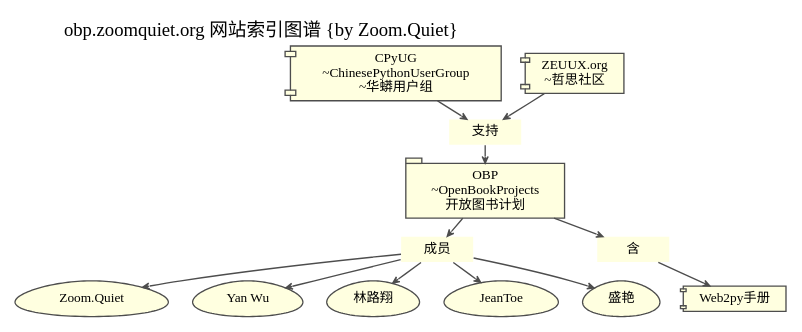
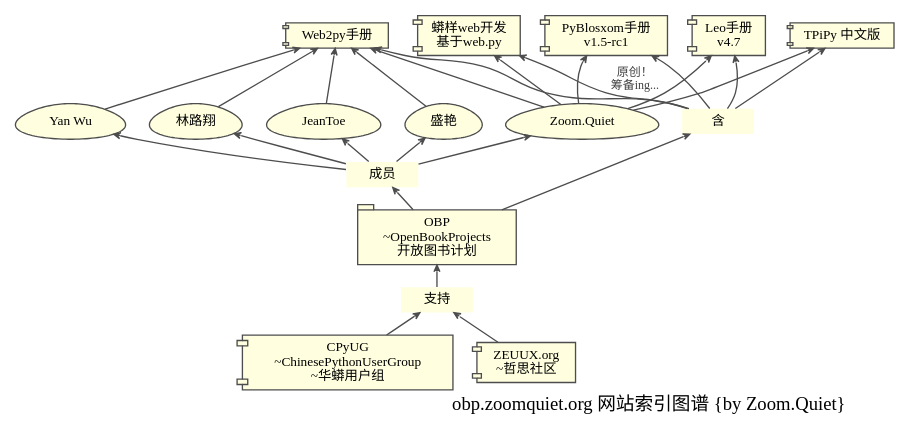
One commit to ZoomQuiet/zqlib.tangle changed the diagram in tasks/obp.zoomquiet.org/map/obp-zq-idx.dot. Above: the diagram before and after it, drawn with Graphviz. The commit also changed 8 other files, not shown here.

```diff
--- a/tasks/obp.zoomquiet.org/map/obp-zq-idx.dot
+++ b/tasks/obp.zoomquiet.org/map/obp-zq-idx.dot
@@ -1,57 +1,75 @@
 digraph mainmap {
 /*图片生成命令:: need:: apt-get install graphviz-cairo
 $ dot test.dot -Tpng -o test.png -Tcmapx -o test.map
         style=filled,
         fillcolor=lightyellow,
         fontname="VeraSansYuanTi-Regular.ttf",        
         WenQuanYi Zen Hei
         fontname="WenQuanYi Zen Hei",
         ratio=compress,fill size="12,9",
 */
     graph [label="obp.zoomquiet.org 网站索引图谱 {by Zoom.Quiet}",
-        labeljust="l",labelloc="t",
+        labeljust="r",labelloc="b",
         fontsize=14.0,
         center=0,
         ratio=compress,ranksep=0.2,
-        rankdir=TB,
+        rankdir=BT,
         ];
     node[fontsize=10,
         height=0.1,
         style=filled,fillcolor=lightyellow,
         color=gray30,
         shape=component,
         ];
     /*dir=both,shape=plaintext shape=folder*/
     edge [fontsize=9.0,
         fontcolor=gray25,
         color=gray30,
 		arrowsize=0.5,arrowhead=vee,arrowtail=none,
         ];
     /*服务元素
     is      [label="是",URL="http://wiki.rdev.kingsoft.net/moin/KUP"];
     */
     CPUG     [label="CPyUG\n~ChinesePythonUserGroup\n~华蟒用户组",URL="http://wiki.woodpecker.org.cn/moin/CPUG"];
     ZEUUX    [label="ZEUUX.org\n~哲思社区",URL="http://www.zeuux.org"];
     support  [label="支持",shape=plaintext];
     OBP      [label="OBP\n~OpenBookProjects\n开放图书计划",shape=tab,URL="http://code.google.com/p/openbookproject/"];
     author   [label="成员",shape=plaintext];
         ZQ       [label="Zoom.Quiet",shape=egg,URL="http://zoomquiet.org"];
         WY       [label="Yan Wu",shape=egg,URL="http://code.google.com/p/openbookproject/wiki/YanWu"];
         LLX      [label="林路翔",shape=egg,URL="http://code.google.com/p/openbookproject/wiki/LinLuxiang"];
         JeanToe      [label="JeanToe",shape=egg,URL="http://code.google.com/p/openbookproject/wiki/JeanToe"];
         Liz      [label="盛艳",shape=egg,URL="http://code.google.com/u/shengyan1985/"];
 
     include  [label="含",shape=plaintext];
-    w2pyzh   [label="Web2py手册",URL="/w2py_manual_zh"];
+        w2pyzh   [label="Web2py手册",URL="/w2py_manual_zh"];
+        leodoc   [label="Leo手册\nv4.7",URL="/leo_doc_zh"];
+        pyblosxom   [label="PyBlosxom手册\nv1.5-rc1",URL="/pyblosxom_zh"];
+        tpipy   [label="TPiPy 中文版",URL="/tpipy_zh"];
+        pywdwpy   [label="蟒样web开发\n基于web.py",URL="/pywdwpy"];
+
     /*服务关系*/
     ZEUUX->support;
         CPUG->support;
-    support->OBP
-    OBP->author->ZQ;
+    support->OBP->author;
+        author->ZQ;
+            ZQ->w2pyzh;
+            ZQ->leodoc;
+            ZQ->pyblosxom;
+            ZQ->tpipy;
+            ZQ->pywdwpy;
         author->WY;
+            WY->w2pyzh;
         author->LLX;
+            LLX->w2pyzh;
         author->Liz;
+            Liz->w2pyzh;
         author->JeanToe;
+            JeanToe->w2pyzh;
     OBP->include;
         include->w2pyzh;
+        include->leodoc;
+        include->pyblosxom;
+        include->tpipy;
+        include->pywdwpy [label="原创！\n筹备ing..."];
 }
```
